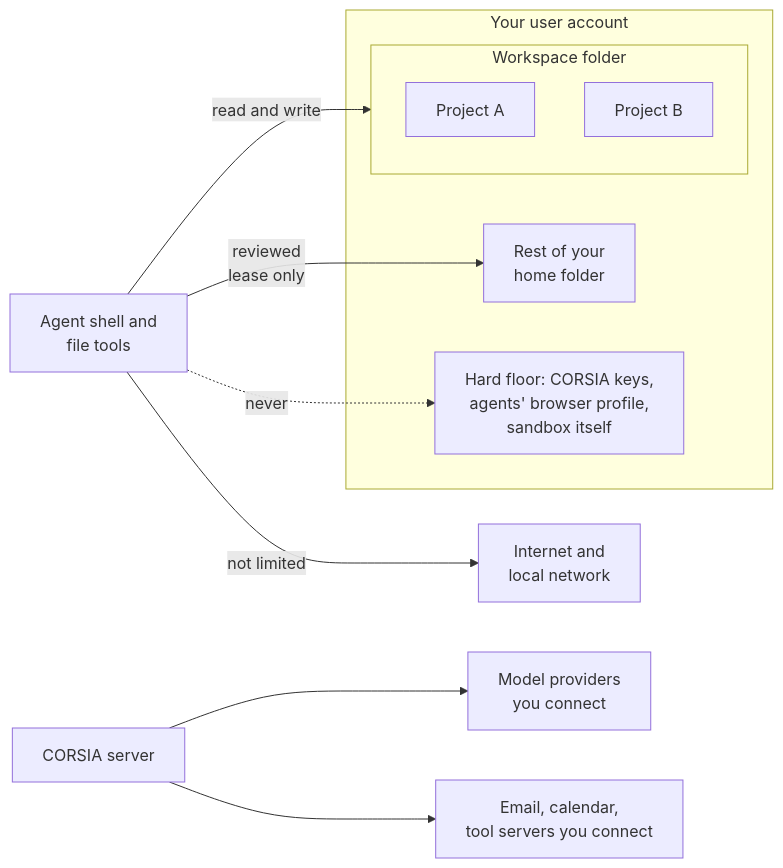
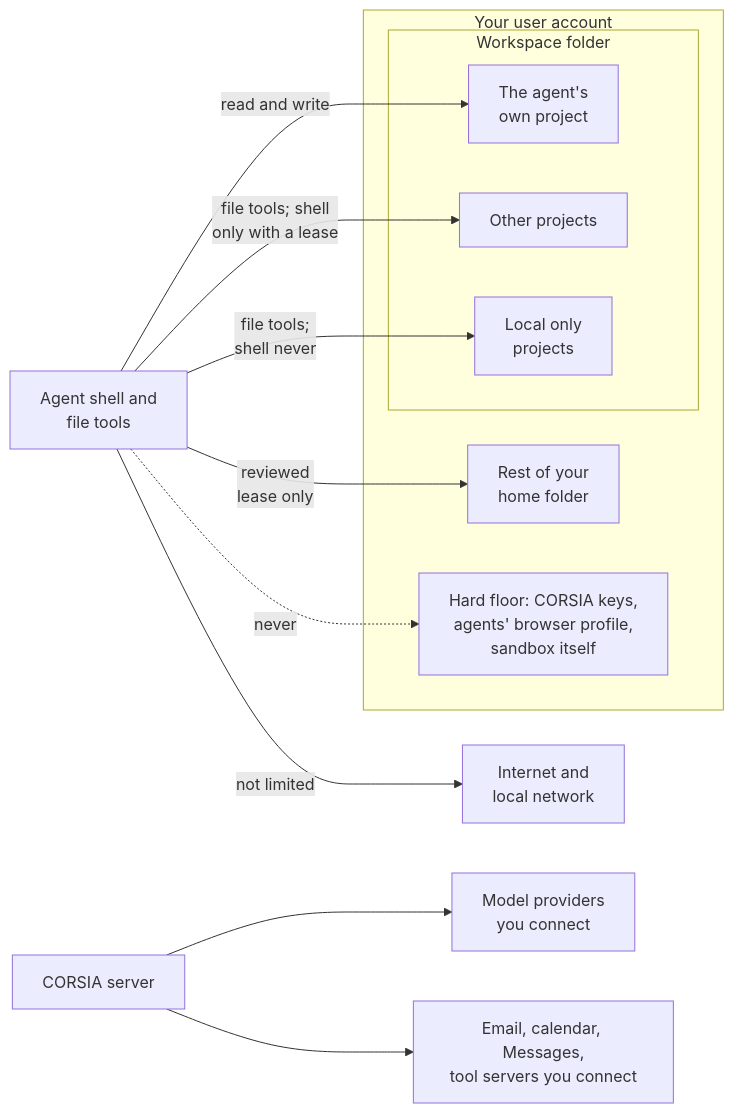
Before and after one commit to cebertowicz/corsia: the diagram in docs/security/README.md, drawn with Mermaid. The commit also changed other lines of this file and 13 other files, not shown here.

````diff
--- a/docs/security/README.md
+++ b/docs/security/README.md
@@ -9,17 +9,20 @@
 ```mermaid
 flowchart LR
     subgraph You[Your user account]
         subgraph WS[Workspace folder]
-            P1[Project A]
-            P2[Project B]
+            P1[The agent's<br/>own project]
+            P2[Other projects]
+            P3[Local only<br/>projects]
         end
         H[Rest of your<br/>home folder]
         F[Hard floor: CORSIA keys,<br/>agents' browser profile,<br/>sandbox itself]
     end
-    A[Agent shell and<br/>file tools] -->|read and write| WS
+    A[Agent shell and<br/>file tools] -->|read and write| P1
+    A -->|file tools; shell<br/>only with a lease| P2
+    A -->|file tools;<br/>shell never| P3
     A -->|reviewed<br/>lease only| H
     A -.->|never| F
     A -->|not limited| N[Internet and<br/>local network]
     S[CORSIA server] --> M[Model providers<br/>you connect]
-    S --> C[Email, calendar,<br/>tool servers you connect]
+    S --> C[Email, calendar, Messages,<br/>tool servers you connect]
 ```
````
